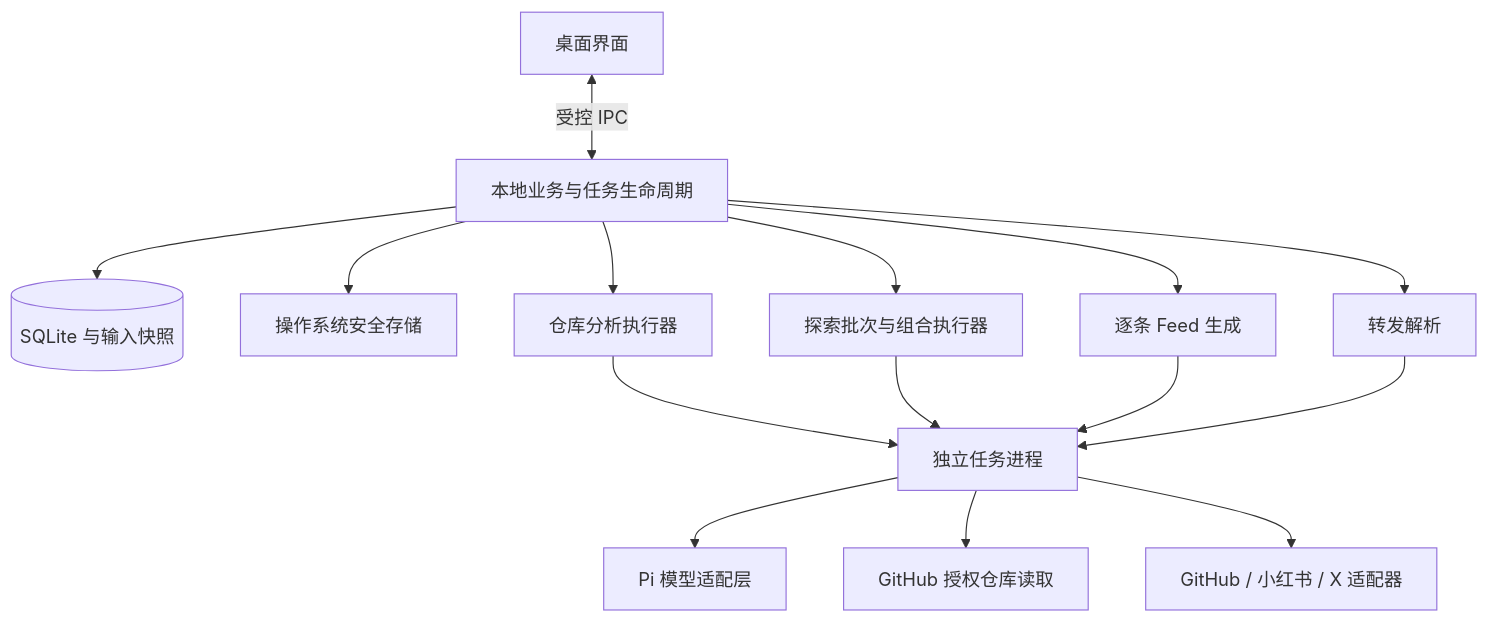
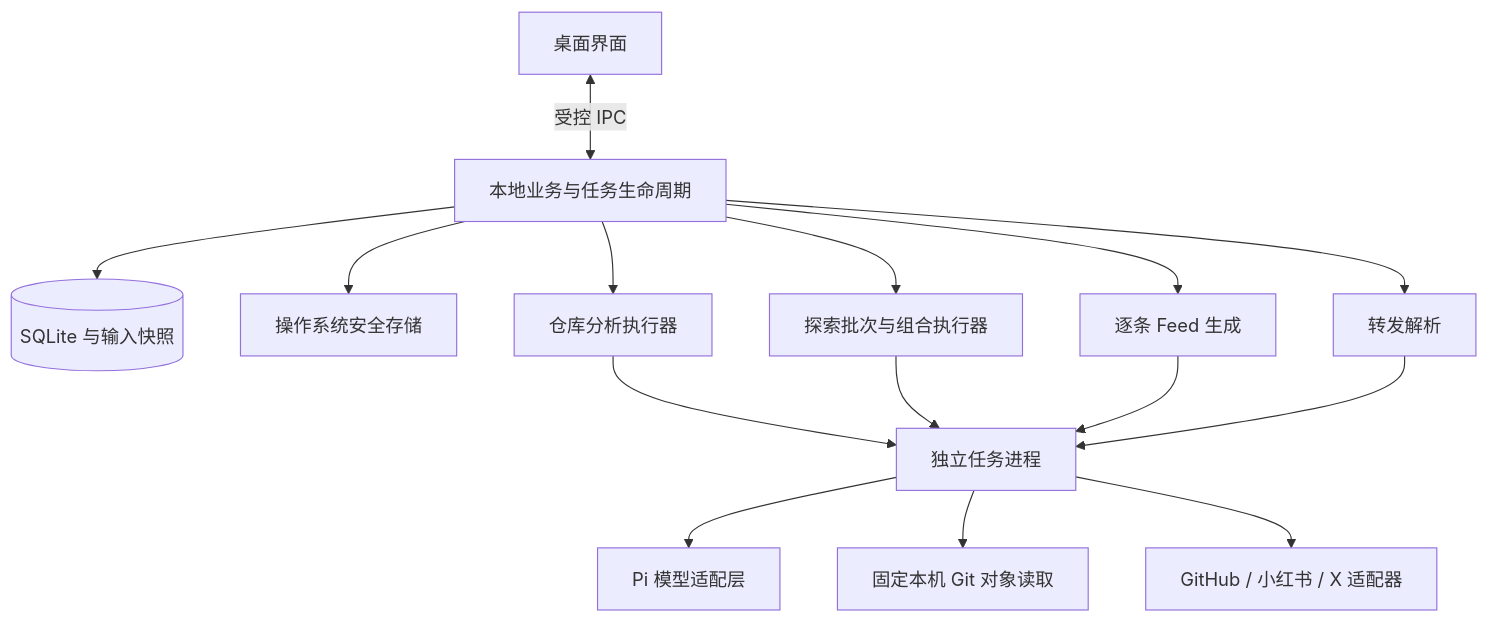
One commit to huggon1/branchout changed the diagram in docs/technical-architecture.md. Above: the diagram before and after it, drawn with Mermaid. The commit also changed other lines of this file and 5 other files, not shown here.

````diff
--- a/docs/technical-architecture.md
+++ b/docs/technical-architecture.md
@@ -25,17 +25,17 @@
 ```mermaid
 flowchart TD
     UI[桌面界面] <-->|受控 IPC| APP[本地业务与任务生命周期]
     APP --> DB[(SQLite 与输入快照)]
     APP --> SECRET[操作系统安全存储]
     APP --> REVIEW[仓库分析执行器]
     APP --> EXPLORE[探索批次与组合执行器]
     APP --> FEED[逐条 Feed 生成]
     APP --> INBOX[转发解析]
     REVIEW --> WORKER[独立任务进程]
     EXPLORE --> WORKER
     FEED --> WORKER
     INBOX --> WORKER
     WORKER --> PI[Pi 模型适配层]
-    WORKER --> REPO[GitHub 授权仓库读取]
+    WORKER --> REPO[固定本机 Git 对象读取]
     WORKER --> SOURCES[GitHub / 小红书 / X 适配器]
 ```
````
